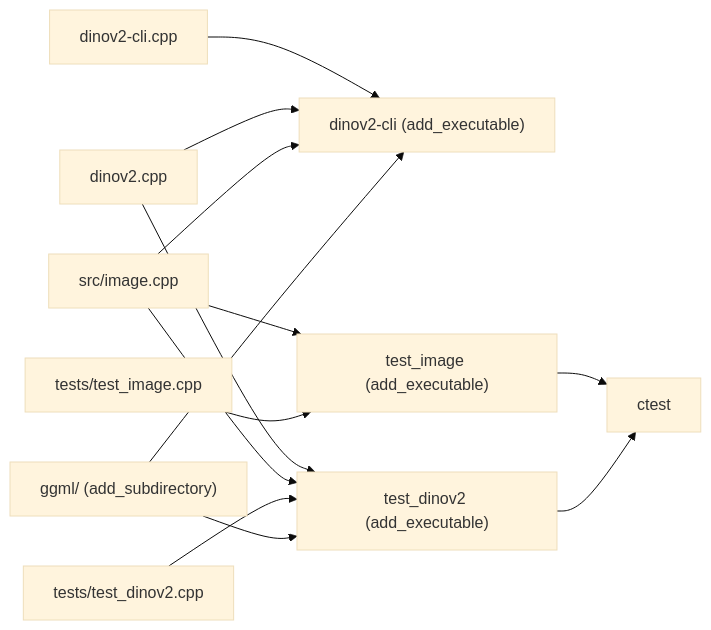
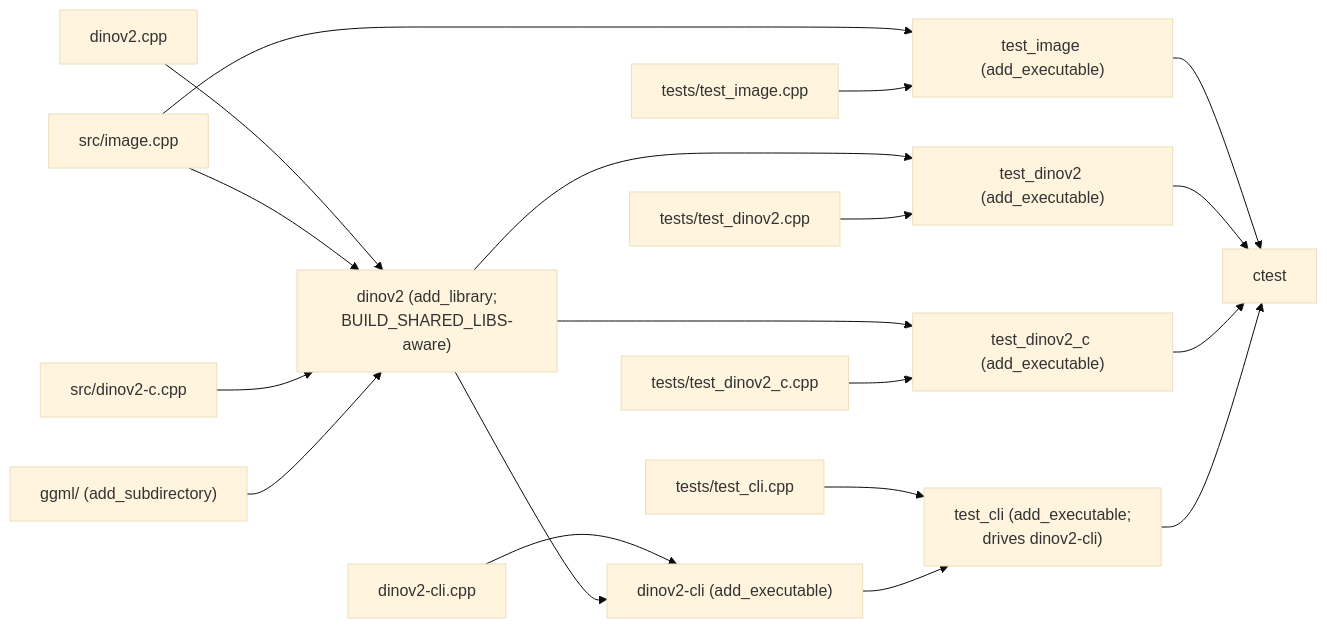
Before and after one commit to espetro/dinov2.cpp: the third of 4 diagrams in ARCHITECTURE.md, drawn with Mermaid (base theme). The commit also changed other lines of this file and 2 other files, not shown here.

First line of the commit message:
docs: library layering, README C API section, stability stub

````diff
--- a/ARCHITECTURE.md
+++ b/ARCHITECTURE.md
@@ -102,27 +115,39 @@
 ```mermaid
 graph LR
     CLI["dinov2-cli.cpp"]
     LIB["dinov2.cpp"]
     IMG["src/image.cpp"]
+    CAPI["src/dinov2-c.cpp"]
     TST_IMG["tests/test_image.cpp"]
     TST_LIB["tests/test_dinov2.cpp"]
+    TST_C["tests/test_dinov2_c.cpp"]
+    TST_CLI["tests/test_cli.cpp"]
     GGML["ggml/ (add_subdirectory)"]
 
+    LIB_TGT["dinov2 (add_library;<br/>BUILD_SHARED_LIBS-aware)"]
     CLI_EXE["dinov2-cli (add_executable)"]
     TEST_IMG["test_image (add_executable)"]
     TEST_LIB["test_dinov2 (add_executable)"]
+    TEST_C["test_dinov2_c (add_executable)"]
+    TEST_CLI_EXE["test_cli (add_executable;<br/>drives dinov2-cli)"]
     CTEST["ctest"]
 
+    LIB --> LIB_TGT
+    IMG --> LIB_TGT
+    CAPI --> LIB_TGT
+    GGML --> LIB_TGT
     CLI --> CLI_EXE
-    LIB --> CLI_EXE
-    IMG --> CLI_EXE
-    LIB --> TEST_LIB
-    IMG --> TEST_LIB
+    LIB_TGT --> CLI_EXE
+    LIB_TGT --> TEST_LIB
     TST_LIB --> TEST_LIB
     IMG --> TEST_IMG
     TST_IMG --> TEST_IMG
-    GGML --> CLI_EXE
-    GGML --> TEST_LIB
+    LIB_TGT --> TEST_C
+    TST_C --> TEST_C
+    TST_CLI --> TEST_CLI_EXE
+    CLI_EXE --> TEST_CLI_EXE
     TEST_IMG --> CTEST
     TEST_LIB --> CTEST
+    TEST_C --> CTEST
+    TEST_CLI_EXE --> CTEST
 ```
````
